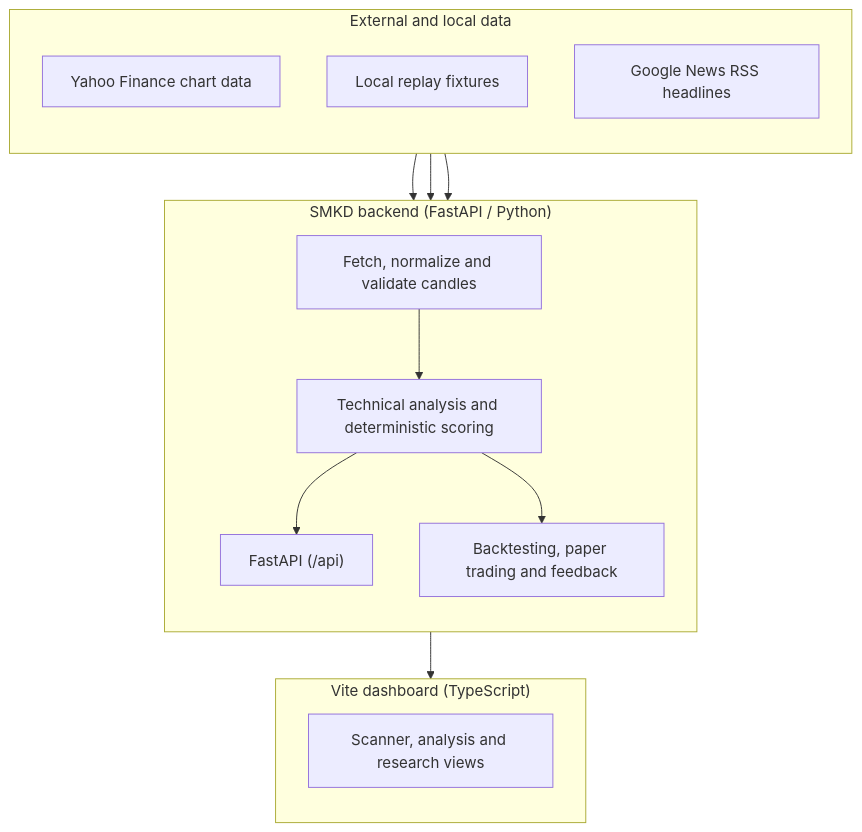
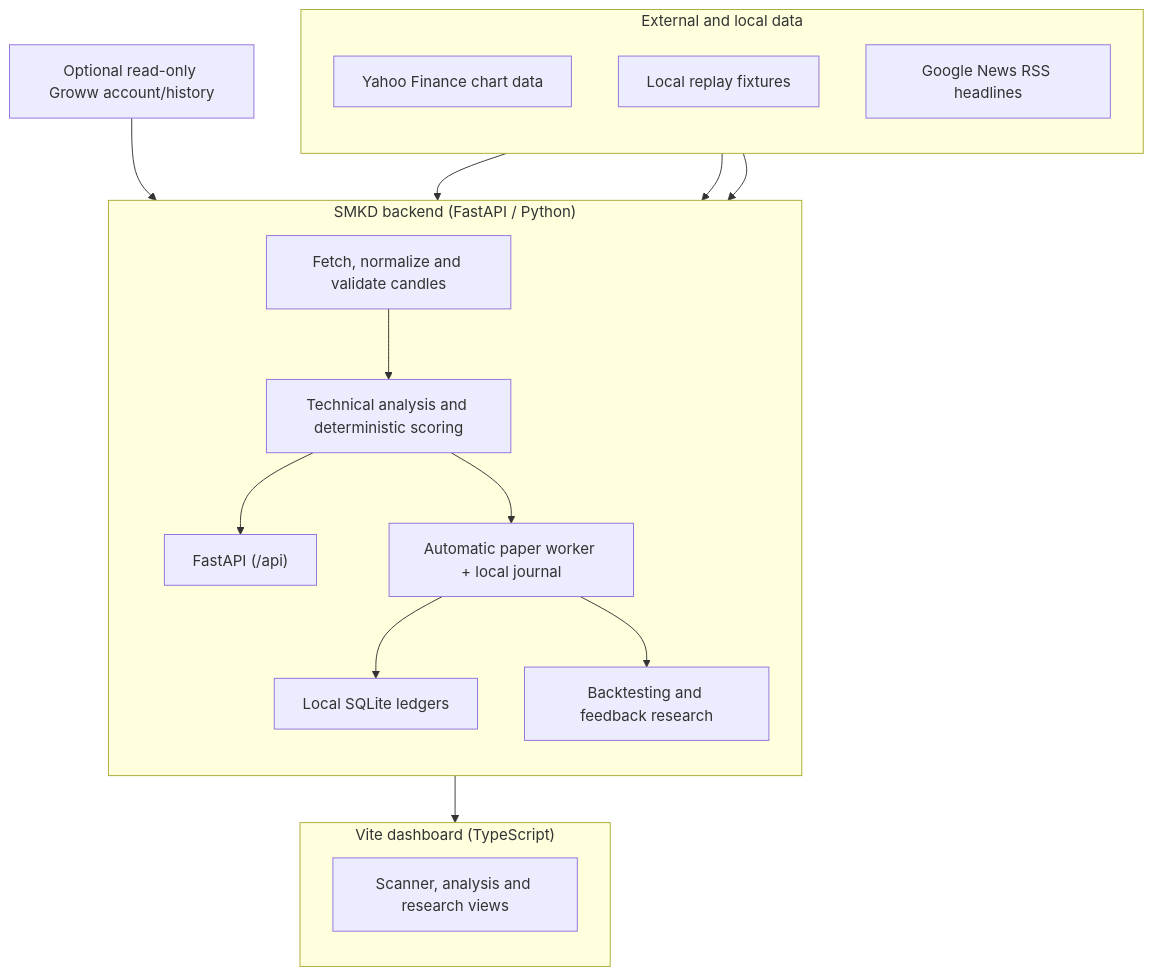
The diagram in README.md (dr-week/STOCK-MARKET-KA-DON), drawn with Mermaid before and after one commit. The commit also changed other lines of this file, not shown here.

````diff
--- a/README.md
+++ b/README.md
@@ -78,29 +63,33 @@
 ```mermaid
 flowchart TD
     subgraph MarketData ["External and local data"]
         direction TB
         Yahoo["Yahoo Finance chart data"]
         Replay["Local replay fixtures"]
         News["Google News RSS headlines"]
     end
 
     subgraph Backend ["SMKD backend (FastAPI / Python)"]
         direction TB
         Fetcher["Fetch, normalize and validate candles"]
         Analysis["Technical analysis and deterministic scoring"]
-        Research["Backtesting, paper trading and feedback"]
+        Paper["Automatic paper worker + local journal"]
+        Research["Backtesting and feedback research"]
+        Store["Local SQLite ledgers"]
         API["FastAPI (/api)"]
     end
 
     subgraph Frontend ["Vite dashboard (TypeScript)"]
         direction TB
         UI["Scanner, analysis and research views"]
     end
 
     Yahoo --> Fetcher
     Replay --> Fetcher
     Fetcher --> Analysis --> API
-    Analysis --> Research
+    Analysis --> Paper --> Store
+    Paper --> Research
     News --> API
+    Groww["Optional read-only Groww account/history"] --> API
     API --> UI
 ```
````
